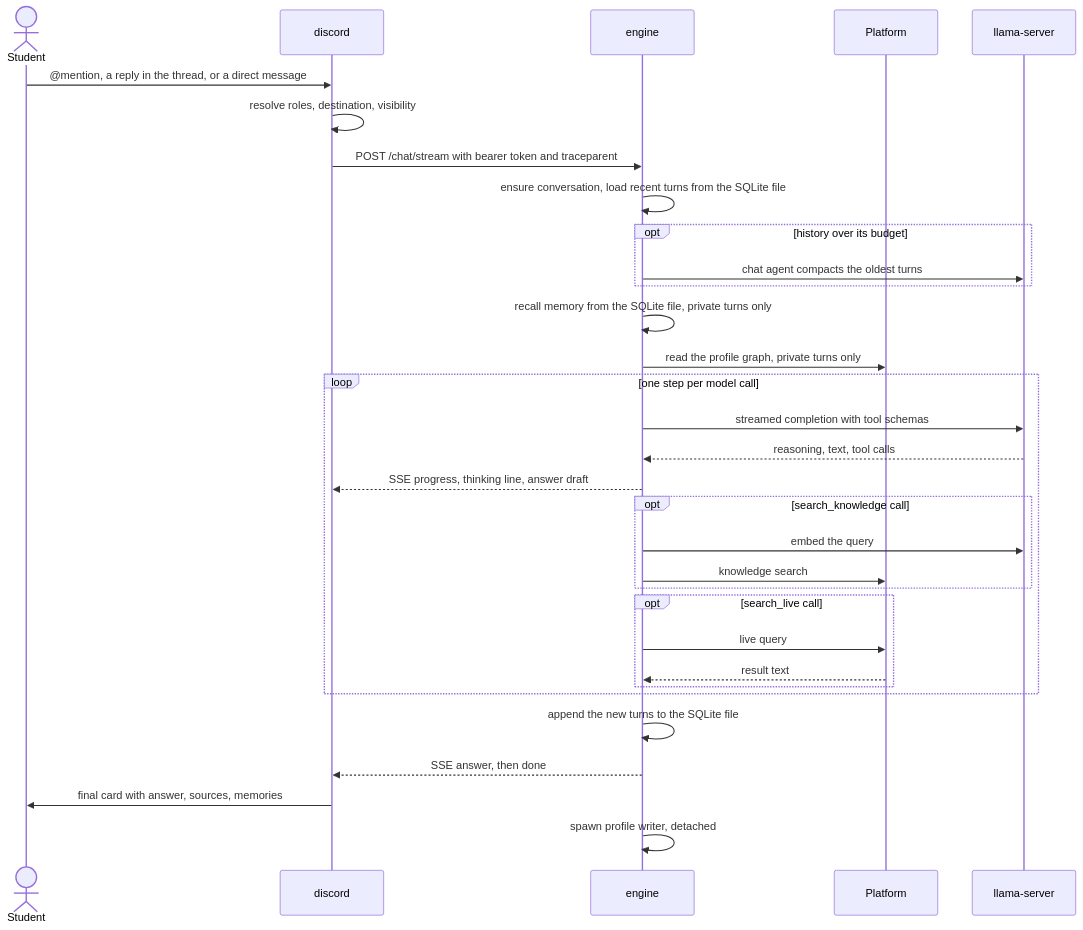
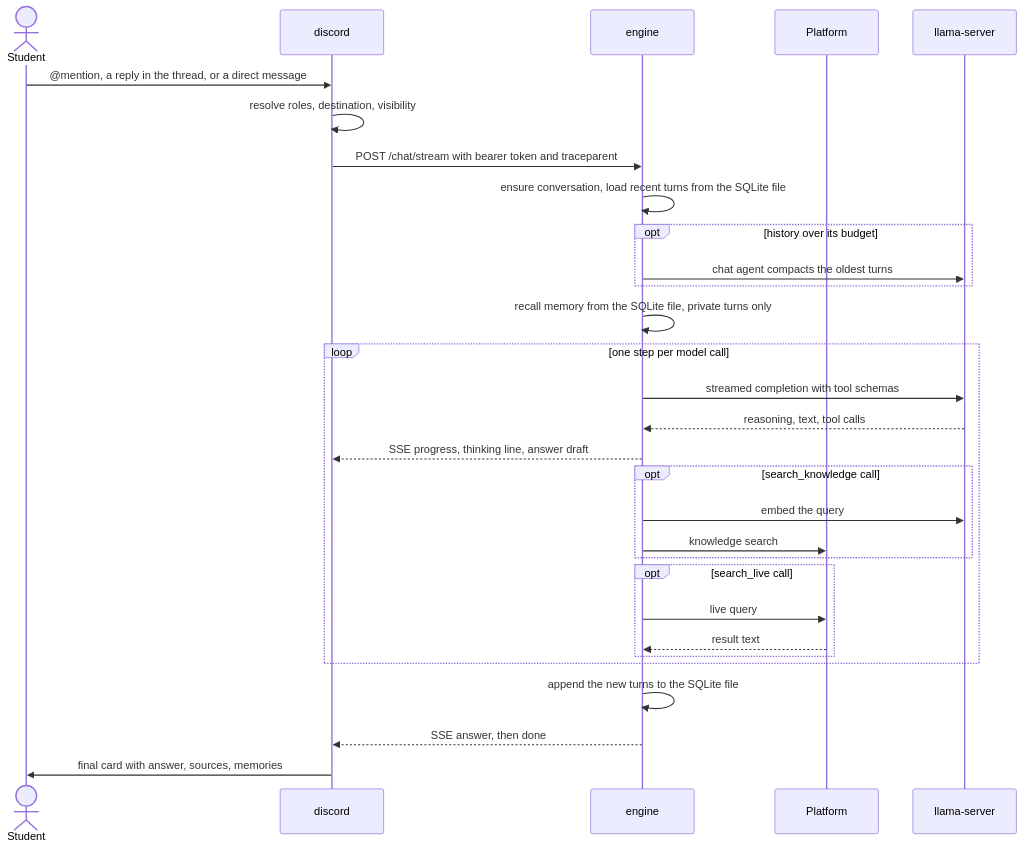
The third of 8 diagrams in docs/ARCHITECTURE.md (theaisocietyasu/sparky), drawn with Mermaid before and after one commit. The commit also changed other lines of this file and 48 other files, not shown here.

First line of the commit message:
Drop the profile graph (#107)

````diff
--- a/docs/ARCHITECTURE.md
+++ b/docs/ARCHITECTURE.md
@@ -279,35 +278,33 @@
 ```mermaid
 sequenceDiagram
     actor U as Student
     participant B as discord
     participant E as engine
     participant P as Platform
     participant M as llama-server
 
     U->>B: @mention, a reply in the thread, or a direct message
     B->>B: resolve roles, destination, visibility
     B->>E: POST /chat/stream with bearer token and traceparent
     E->>E: ensure conversation, load recent turns from the SQLite file
     opt history over its budget
         E->>M: chat agent compacts the oldest turns
     end
     E->>E: recall memory from the SQLite file, private turns only
-    E->>P: read the profile graph, private turns only
     loop one step per model call
         E->>M: streamed completion with tool schemas
         M-->>E: reasoning, text, tool calls
         E-->>B: SSE progress, thinking line, answer draft
         opt search_knowledge call
             E->>M: embed the query
             E->>P: knowledge search
         end
         opt search_live call
             E->>P: live query
             P-->>E: result text
         end
     end
     E->>E: append the new turns to the SQLite file
     E-->>B: SSE answer, then done
     B->>U: final card with answer, sources, memories
-    E->>E: spawn profile writer, detached
 ```
````
